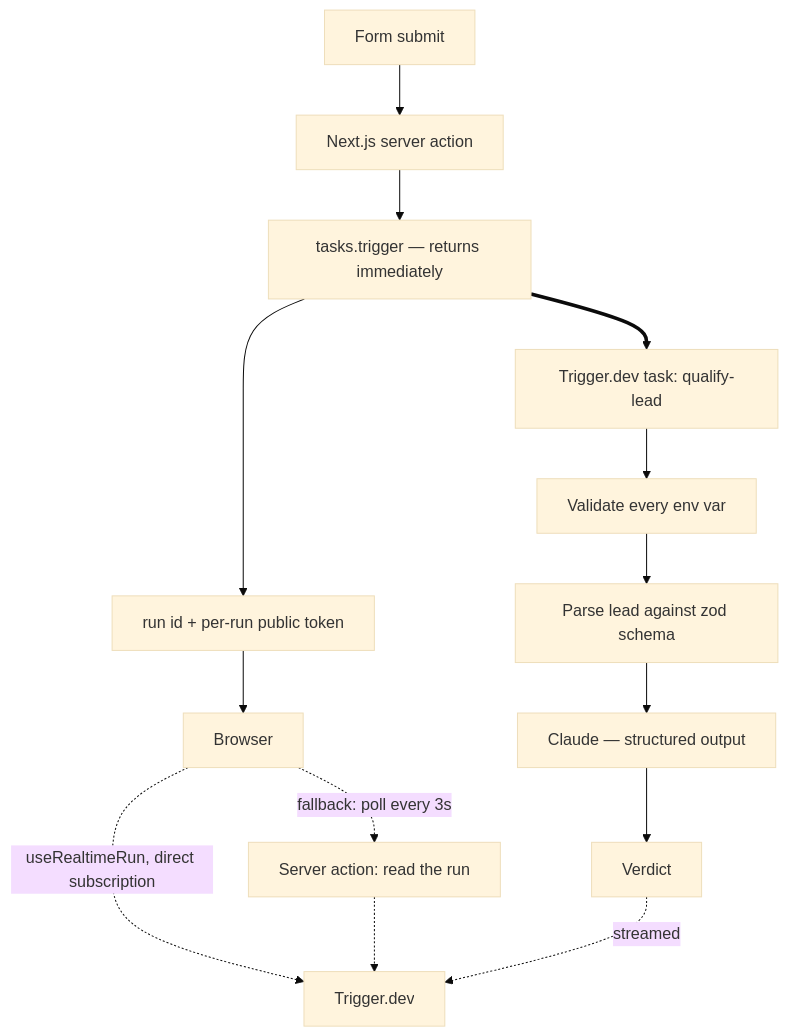
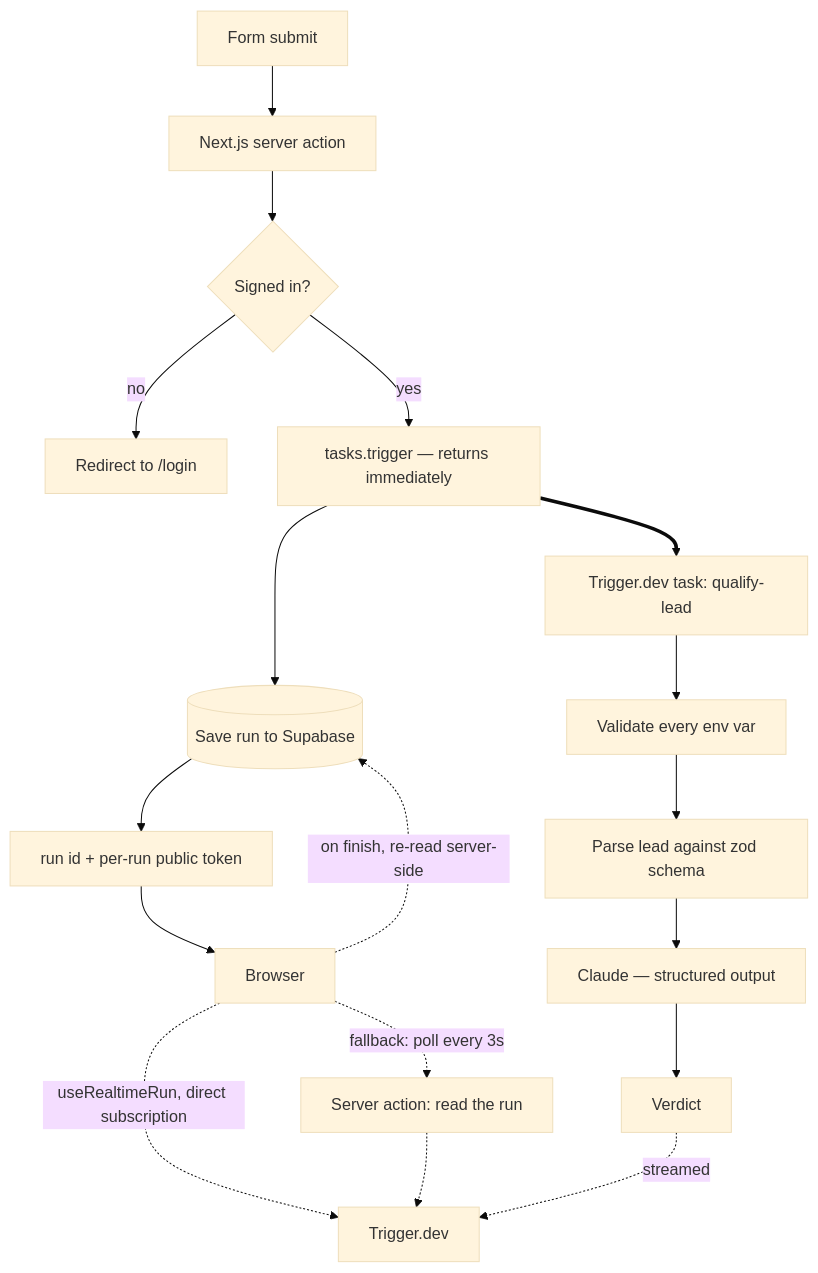
One commit to ButlerConnectAI/lead_qualifier changed the diagram in README.md. Above: the diagram before and after it, drawn with Mermaid (base theme). The commit also changed other lines of this file and 36 other files, not shown here.

````diff
--- a/README.md
+++ b/README.md
@@ -37,16 +41,20 @@
 ```mermaid
 flowchart TD
     A[Form submit] --> B[Next.js server action]
-    B --> C[tasks.trigger — returns immediately]
-    C --> D[run id + per-run public token]
+    B --> M{Signed in?}
+    M -->|no| N[Redirect to /login]
+    M -->|yes| C[tasks.trigger — returns immediately]
+    C --> P[(Save run to Supabase)]
+    P --> D[run id + per-run public token]
     D --> E[Browser]
     E -.->|useRealtimeRun, direct subscription| F[Trigger.dev]
     E -.->|fallback: poll every 3s| L[Server action: read the run]
     L -.-> F
     C ==> G[Trigger.dev task: qualify-lead]
     G --> H[Validate every env var]
     H --> I[Parse lead against zod schema]
     I --> J[Claude — structured output]
     J --> K[Verdict]
     K -.->|streamed| F
+    E -.->|on finish, re-read server-side| P
 ```
````
